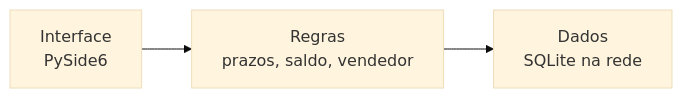
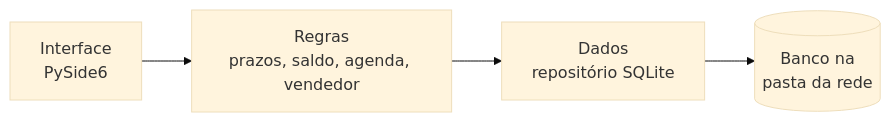
One commit to jcesarmph-ui/CentralDePedidos changed the third of 5 diagrams in README.md. Above: the diagram before and after it, drawn with Mermaid (base theme). The commit also changed other lines of this file and 8 other files, not shown here.

````diff
--- a/README.md
+++ b/README.md
@@ -99,5 +162,6 @@
 ```mermaid
 flowchart LR
-    A[Interface<br/>PySide6] --> B[Regras<br/>prazos, saldo, vendedor]
-    B --> C[Dados<br/>SQLite na rede]
+    A[Interface<br/>PySide6] --> B[Regras<br/>prazos, saldo, agenda, vendedor]
+    B --> C[Dados<br/>repositório SQLite]
+    C --> D[(Banco na<br/>pasta da rede)]
 ```
````
